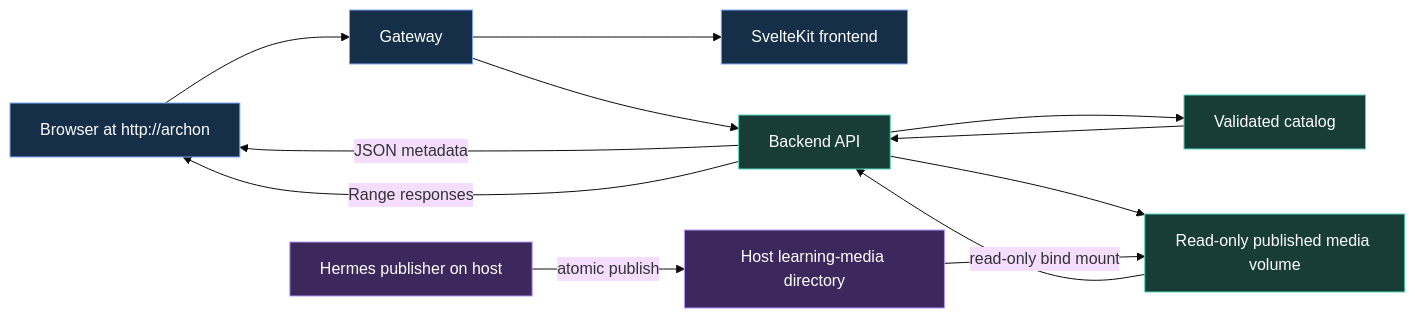
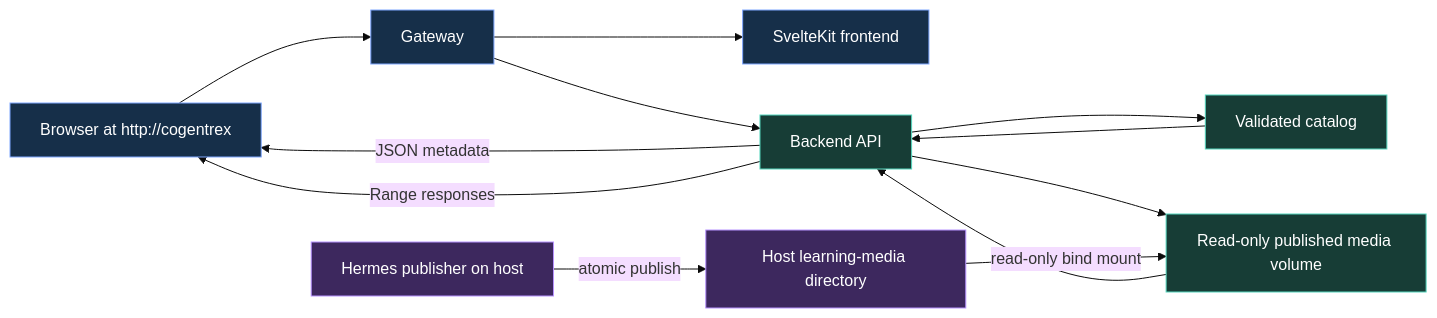
Before and after one commit to levalencia/archon: diagram 11 of 14 in .hermes/plans/2026-09-04_140930-hermes-native-visual-learning-studio.md, drawn with Mermaid (base theme). The commit also changed other lines of this file and 414 other files, not shown here.

First line of the commit message:
feat: rebrand Archon as Cogentrex

````diff
--- a/.hermes/plans/2026-09-04_140930-hermes-native-visual-learning-studio.md
+++ b/.hermes/plans/2026-09-04_140930-hermes-native-visual-learning-studio.md
@@ -669,22 +669,22 @@
 ```mermaid
 flowchart LR
-    B[Browser at http://archon] --> G[Gateway]
+    B[Browser at http://cogentrex] --> G[Gateway]
     G --> F[SvelteKit frontend]
     G --> A[Backend API]
     A --> C[Validated catalog]
     A --> M[Read-only published media volume]
     C --> A
     M --> A
     A -->|JSON metadata| B
     A -->|Range responses| B
 
     H[Hermes publisher on host] -->|atomic publish| L[Host learning-media directory]
     L -->|read-only bind mount| M
 
     classDef public fill:#162f49,stroke:#7fa7ff,color:#fff
     classDef protected fill:#173d36,stroke:#55d6be,color:#fff
     classDef offline fill:#3d285e,stroke:#b793ff,color:#fff
     class B,G,F public
     class A,C,M protected
     class H,L offline
 ```
````
